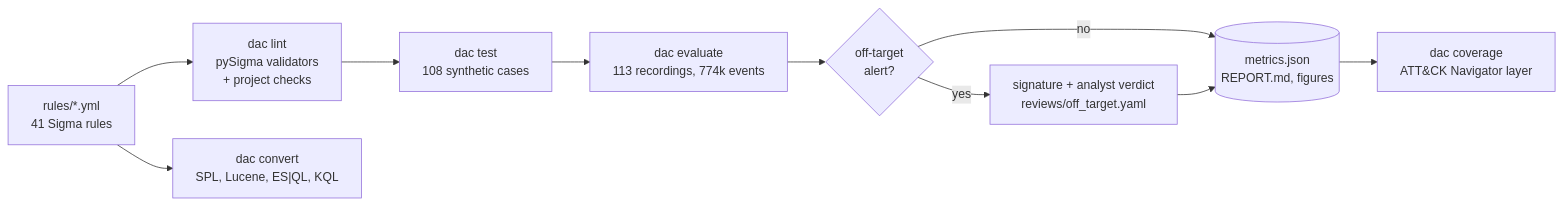
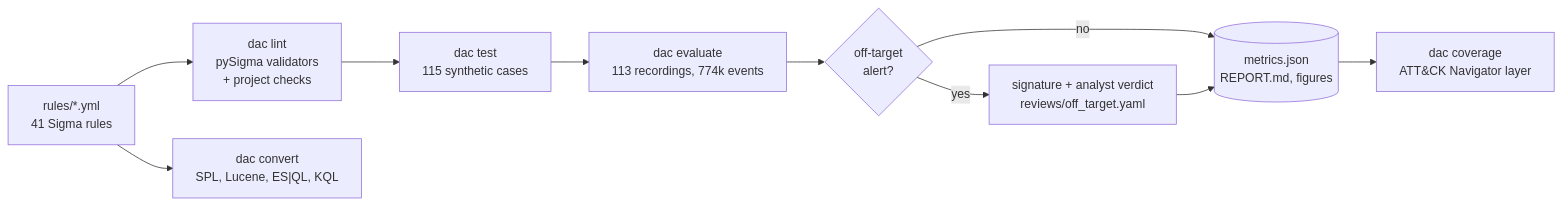
Before and after one commit to hugo-kte/detection-as-code: the diagram in README.md, drawn with Mermaid. The commit also changed other lines of this file, not shown here.

````diff
--- a/README.md
+++ b/README.md
@@ -75,12 +78,12 @@
 ```mermaid
 flowchart LR
     R["rules/*.yml<br/>41 Sigma rules"] --> L["dac lint<br/>pySigma validators<br/>+ project checks"]
-    L --> T["dac test<br/>108 synthetic cases"]
+    L --> T["dac test<br/>115 synthetic cases"]
     T --> E["dac evaluate<br/>113 recordings, 774k events"]
     E --> V{"off-target<br/>alert?"}
     V -- yes --> S["signature + analyst verdict<br/>reviews/off_target.yaml"]
     V -- no --> M[("metrics.json<br/>REPORT.md, figures")]
     S --> M
     R --> C["dac convert<br/>SPL, Lucene, ES|QL, KQL"]
     M --> N["dac coverage<br/>ATT&CK Navigator layer"]
 ```
````
